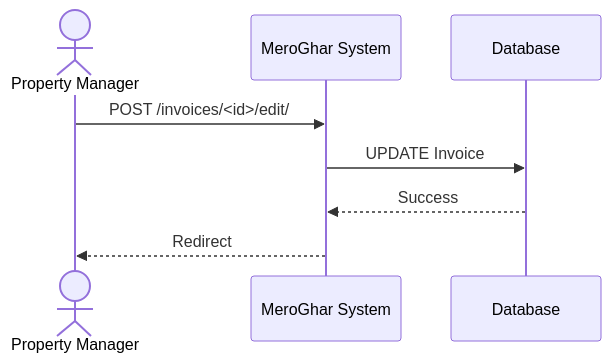
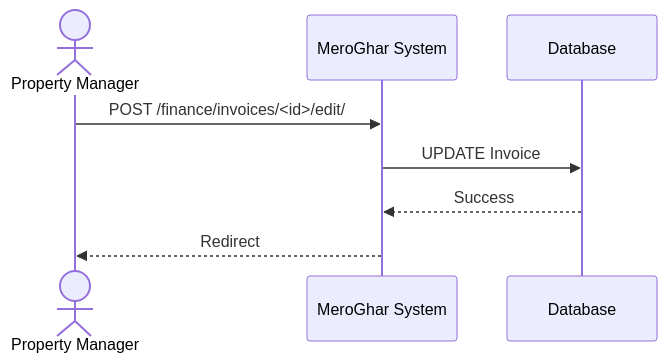
Before and after one commit to 0Ankit0/meroghar: the third of 3 diagrams in docs/workflows/invoice.md, drawn with Mermaid. The commit also changed other lines of this file and 10 other files, not shown here.

````diff
--- a/docs/workflows/invoice.md
+++ b/docs/workflows/invoice.md
@@ -57,11 +57,11 @@
 ```mermaid
 sequenceDiagram
     actor Manager as Property Manager
     participant System as MeroGhar System
     participant DB as Database
 
-    Manager->>System: POST /invoices/<id>/edit/
+    Manager->>System: POST /finance/invoices/<id>/edit/
     System->>DB: UPDATE Invoice
     DB-->>System: Success
     System-->>Manager: Redirect
 ```
````
